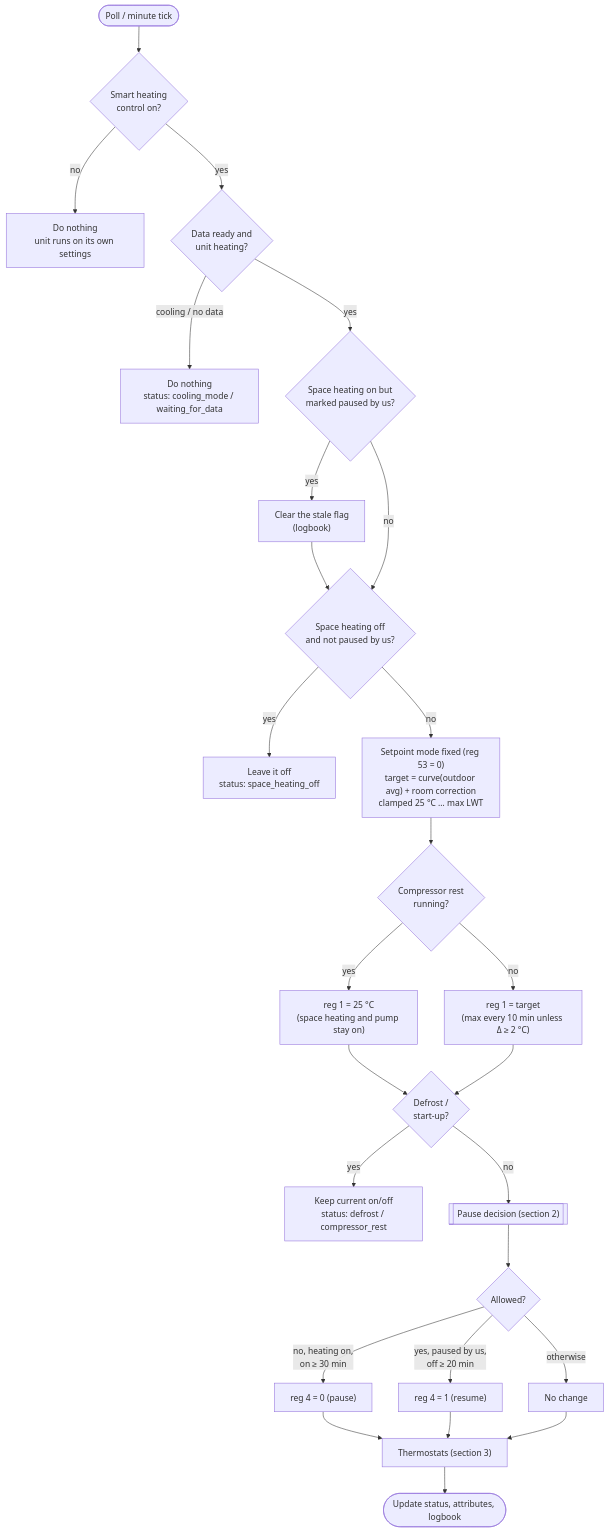
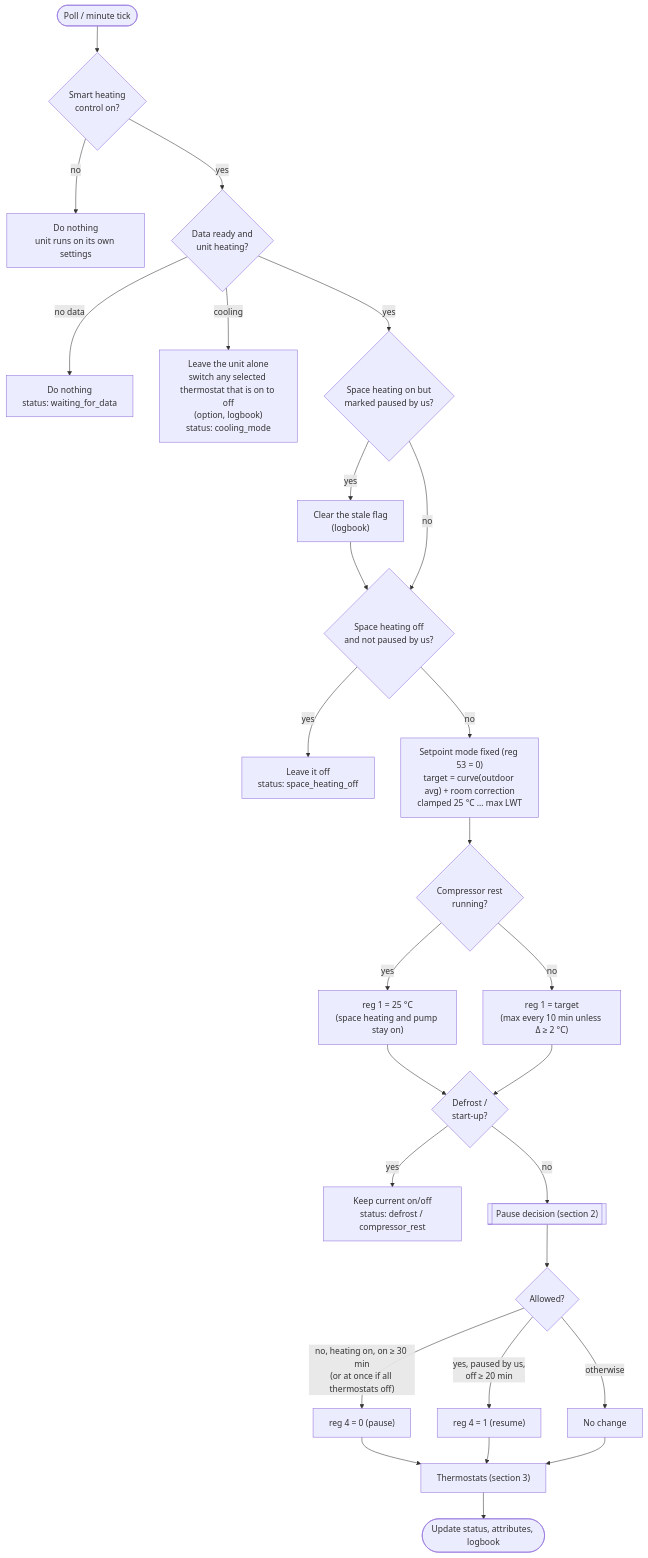
The first of 4 diagrams in docs/smart-heating-logic.md (cocooma/daikin_dcom), drawn with Mermaid before and after one commit. The commit also changed other lines of this file and 7 other files, not shown here.

First line of the commit message:
All thermostats off: heating off at once; keep thermostats off in cooling

````diff
--- a/docs/smart-heating-logic.md
+++ b/docs/smart-heating-logic.md
@@ -9,26 +9,27 @@
 ```mermaid
 flowchart TD
     start(["Poll / minute tick"]) --> en{"Smart heating<br/>control on?"}
     en -- no --> idle["Do nothing<br/>unit runs on its own settings"]
     en -- yes --> data{"Data ready and<br/>unit heating?"}
-    data -- "cooling / no data" --> idle2["Do nothing<br/>status: cooling_mode / waiting_for_data"]
+    data -- "no data" --> idle2["Do nothing<br/>status: waiting_for_data"]
+    data -- cooling --> cool["Leave the unit alone<br/>switch any selected thermostat that is on to off<br/>(option, logbook)<br/>status: cooling_mode"]
     data -- yes --> stale{"Space heating on but<br/>marked paused by us?"}
     stale -- yes --> clear["Clear the stale flag<br/>(logbook)"] --> user
     stale -- no --> user{"Space heating off<br/>and not paused by us?"}
     user -- yes --> respect["Leave it off<br/>status: space_heating_off"]
     user -- no --> sp["Setpoint mode fixed (reg 53 = 0)<br/>target = curve(outdoor avg) + room correction<br/>clamped 25 °C … max LWT"]
     sp --> rest{"Compressor rest<br/>running?"}
     rest -- yes --> r25["reg 1 = 25 °C<br/>(space heating and pump stay on)"] --> dfr
     rest -- no --> write["reg 1 = target<br/>(max every 10 min unless Δ ≥ 2 °C)"] --> dfr
     dfr{"Defrost /<br/>start-up?"}
     dfr -- yes --> hold["Keep current on/off<br/>status: defrost / compressor_rest"]
     dfr -- no --> decide[["Pause decision (section 2)"]]
     decide --> apply{"Allowed?"}
-    apply -- "no, heating on,<br/>on ≥ 30 min" --> pause["reg 4 = 0 (pause)"]
+    apply -- "no, heating on, on ≥ 30 min<br/>(or at once if all thermostats off)" --> pause["reg 4 = 0 (pause)"]
     apply -- "yes, paused by us,<br/>off ≥ 20 min" --> resume["reg 4 = 1 (resume)"]
     apply -- "otherwise" --> keep["No change"]
     pause --> stats
     resume --> stats
     keep --> stats
     stats["Thermostats (section 3)"] --> status(["Update status, attributes, logbook"])
 ```
````
